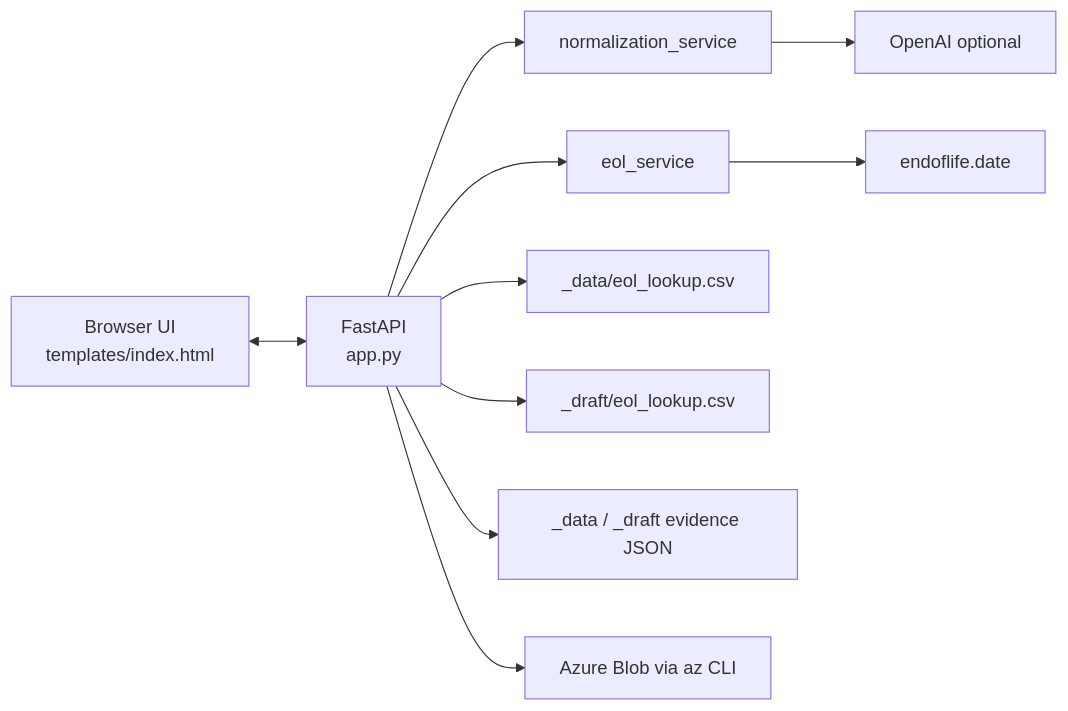
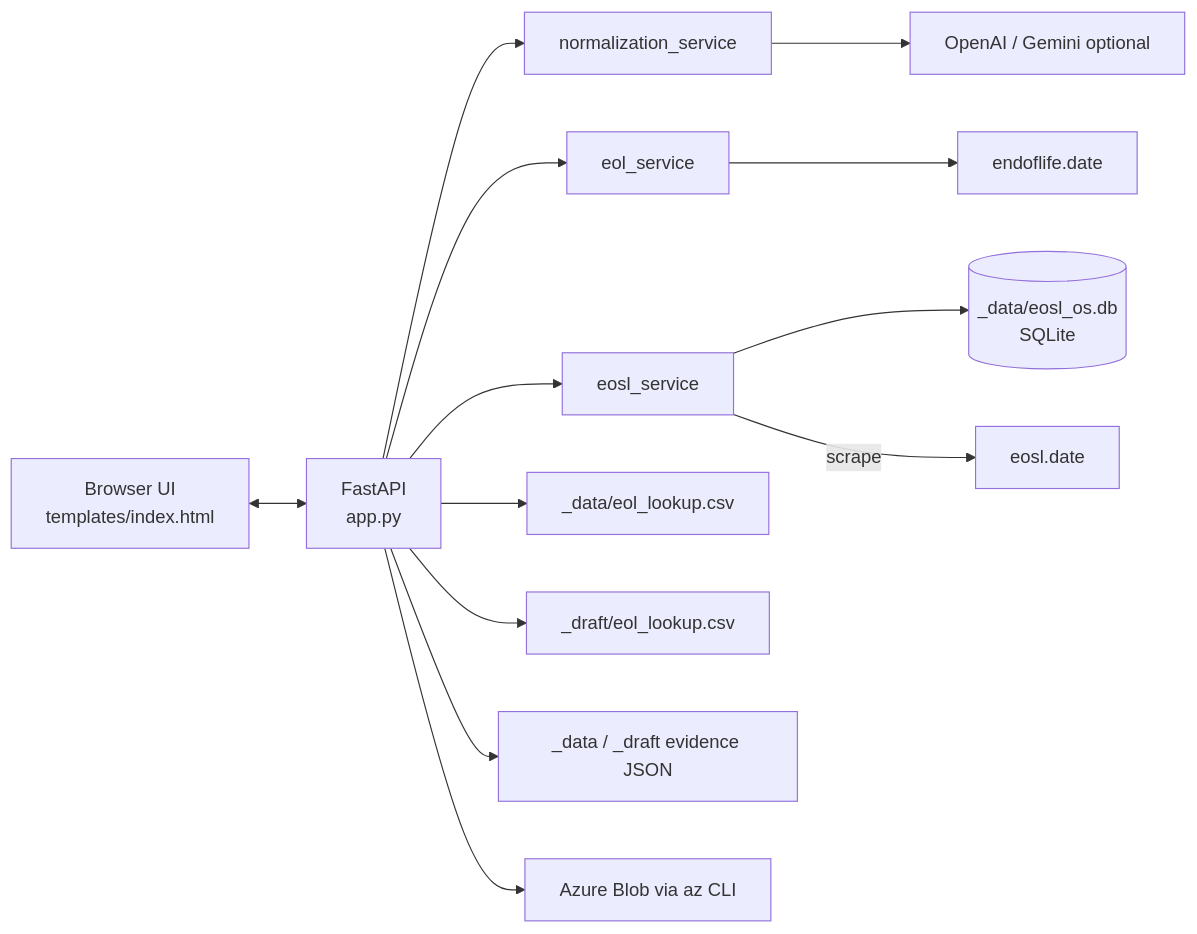
The first of 6 diagrams in README.md (jibinge0rge/OS-Health-Check), drawn with Mermaid before and after one commit. The commit also changed other lines of this file and 6 other files, not shown here.

````diff
--- a/README.md
+++ b/README.md
@@ -86,23 +90,29 @@
 ```mermaid
 flowchart LR
   UI["Browser UI<br/>templates/index.html"]
   API["FastAPI<br/>app.py"]
   Norm["normalization_service"]
   Eol["eol_service"]
+  Eosl["eosl_service"]
   Data["_data/eol_lookup.csv"]
   Draft["_draft/eol_lookup.csv"]
   Ev["_data / _draft evidence JSON"]
+  DB[("_data/eosl_os.db<br/>SQLite")]
   EOLAPI["endoflife.date"]
-  OAI["OpenAI optional"]
+  EOSLSITE["eosl.date"]
+  OAI["OpenAI / Gemini optional"]
   Az["Azure Blob via az CLI"]
 
   UI <--> API
   API --> Norm
   API --> Eol
+  API --> Eosl
   API --> Data
   API --> Draft
   API --> Ev
   Eol --> EOLAPI
+  Eosl --> DB
+  Eosl -->|scrape| EOSLSITE
   Norm --> OAI
   API --> Az
 ```
````
